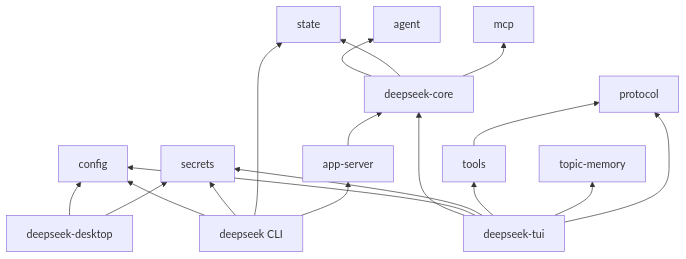
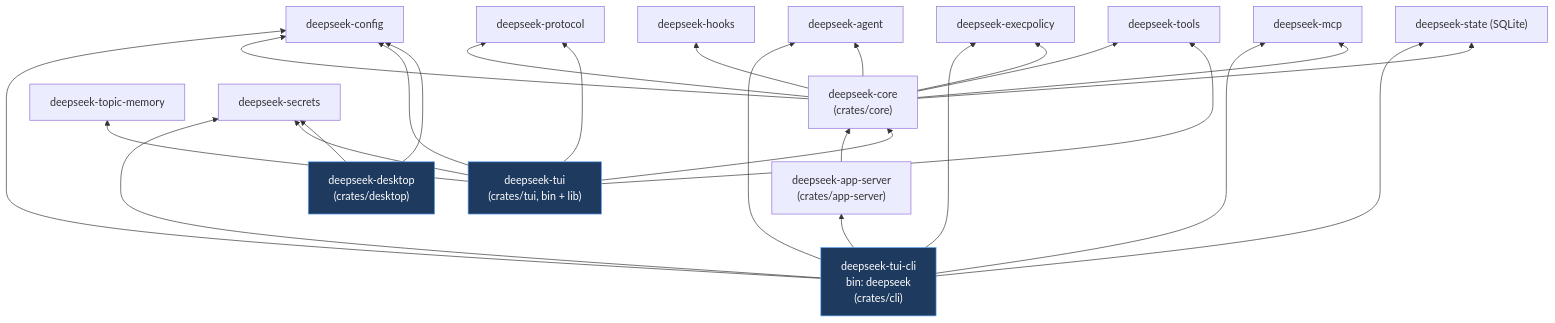
One commit to didclawapp-ai/zagens changed the third of 5 diagrams in docs/tech/RUNTIME_ARCHITECTURE.md. Above: the diagram before and after it, drawn with Mermaid. The commit also changed other lines of this file and 3 other files, not shown here.

First line of the commit message:
docs(arch): runtime architecture diagrams + ARCHITECTURE_ASSESSMENT 2026-05-25

````diff
--- a/docs/tech/RUNTIME_ARCHITECTURE.md
+++ b/docs/tech/RUNTIME_ARCHITECTURE.md
@@ -128,27 +212,50 @@
 ```mermaid
 flowchart BT
-  TUI[deepseek-tui]
-  DESK[deepseek-desktop]
-  CLI[deepseek CLI]
-  ASRV[app-server]
-  CORE[deepseek-core]
-  TM[topic-memory]
+    DESK["deepseek-desktop<br/>(crates/desktop)"]
+    TUI["deepseek-tui<br/>(crates/tui, bin + lib)"]
+    CLI["deepseek-tui-cli<br/>bin: deepseek<br/>(crates/cli)"]
+    ASRV["deepseek-app-server<br/>(crates/app-server)"]
+    CORE["deepseek-core<br/>(crates/core)"]
+    TM["deepseek-topic-memory"]
+    PROTO["deepseek-protocol"]
+    CFG["deepseek-config"]
+    SEC["deepseek-secrets"]
+    TOOLS["deepseek-tools"]
+    AGENT["deepseek-agent"]
+    EXEC["deepseek-execpolicy"]
+    HOOKS["deepseek-hooks"]
+    MCP["deepseek-mcp"]
+    STATE["deepseek-state (SQLite)"]
 
-  TUI --> CORE
-  TUI --> CFG[config]
-  TUI --> SEC[secrets]
-  TUI --> TOOLS[tools]
-  TUI --> TM
-  TUI --> PROTO[protocol]
-  DESK --> CFG
-  DESK --> SEC
-  CLI --> CFG
-  CLI --> SEC
-  CLI --> STATE[state]
-  CLI --> ASRV
-  ASRV --> CORE
-  CORE --> AGENT[agent]
-  CORE --> STATE
-  CORE --> MCP[mcp]
-  TOOLS --> PROTO
+    DESK --> CFG
+    DESK --> SEC
+
+    TUI --> CORE
+    TUI --> CFG
+    TUI --> SEC
+    TUI --> PROTO
+    TUI --> TOOLS
+    TUI --> TM
+
+    CORE --> AGENT
+    CORE --> CFG
+    CORE --> EXEC
+    CORE --> HOOKS
+    CORE --> MCP
+    CORE --> PROTO
+    CORE --> STATE
+    CORE --> TOOLS
+
+    CLI --> AGENT
+    CLI --> ASRV
+    CLI --> CFG
+    CLI --> EXEC
+    CLI --> MCP
+    CLI --> SEC
+    CLI --> STATE
+
+    ASRV --> CORE
+
+    classDef product fill:#1e3a5f,stroke:#60a5fa,color:#fff
+    class DESK,TUI,CLI product
 ```
````
